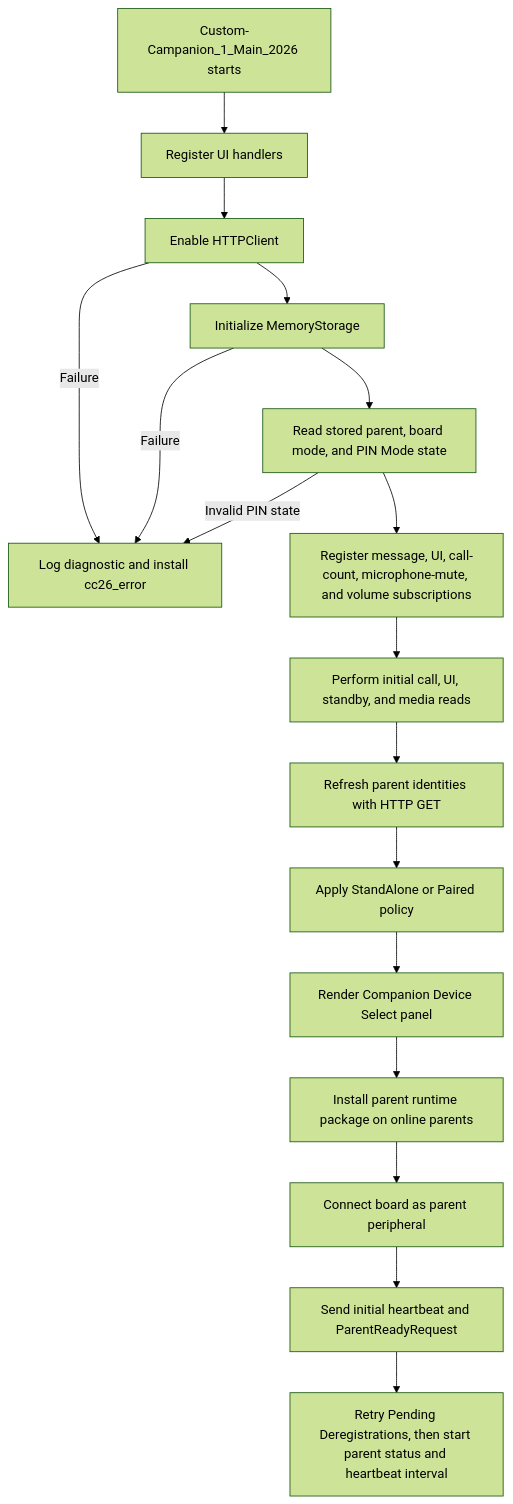
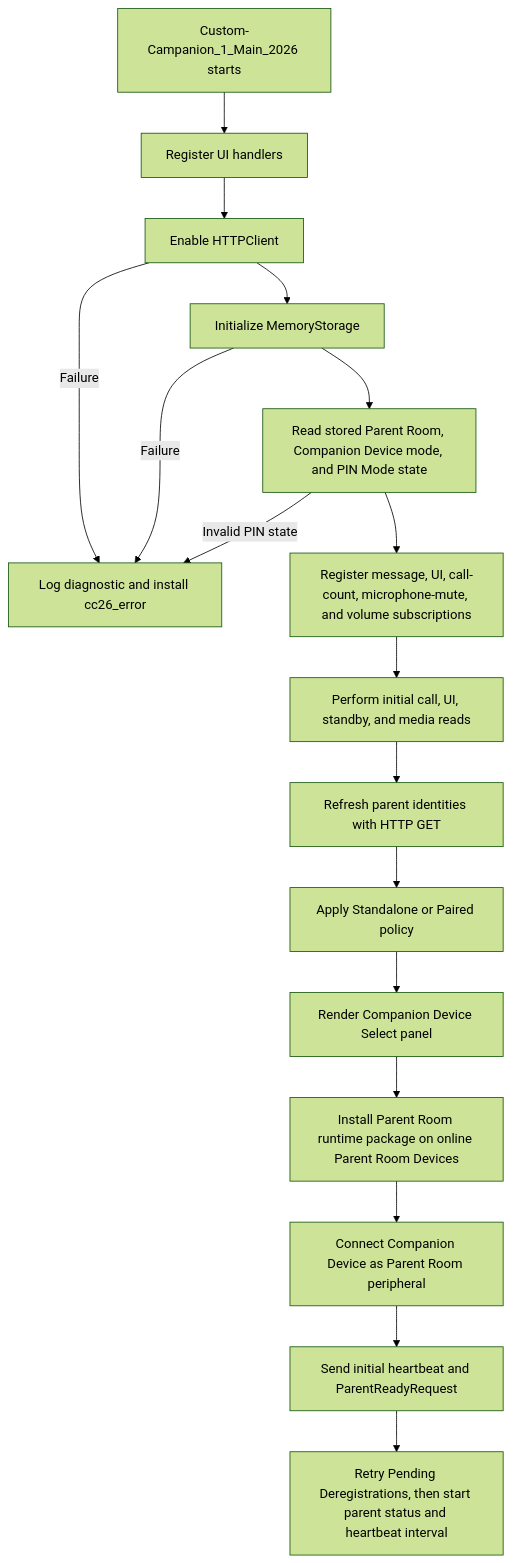
The first of 8 diagrams in README.md (ctg-tme/Custom_Companion_2026), drawn with Mermaid (forest theme) before and after one commit. The commit also changed other lines of this file and 42 other files, not shown here.

````diff
--- a/README.md
+++ b/README.md
@@ -60,19 +60,19 @@
 ```mermaid
 flowchart TD
 	A[Custom-Campanion_1_Main_2026 starts] --> B[Register UI handlers]
 	B --> C[Enable HTTPClient]
 	C --> D[Initialize MemoryStorage]
 	C -- Failure --> X[Log diagnostic and install cc26_error]
 	D -- Failure --> X
-	D --> E[Read stored parent, board mode, and PIN Mode state]
+	D --> E[Read stored Parent Room, Companion Device mode, and PIN Mode state]
 	E -- Invalid PIN state --> X
 	E --> F[Register message, UI, call-count, microphone-mute, and volume subscriptions]
 	F --> G[Perform initial call, UI, standby, and media reads]
 	G --> H[Refresh parent identities with HTTP GET]
-	H --> I[Apply StandAlone or Paired policy]
+	H --> I[Apply Standalone or Paired policy]
 	I --> J[Render Companion Device Select panel]
-	J --> K[Install parent runtime package on online parents]
-	K --> L[Connect board as parent peripheral]
+	J --> K[Install Parent Room runtime package on online Parent Room Devices]
+	K --> L[Connect Companion Device as Parent Room peripheral]
 	L --> M[Send initial heartbeat and ParentReadyRequest]
 	M --> N[Retry Pending Deregistrations, then start parent status and heartbeat interval]
 ```
````
